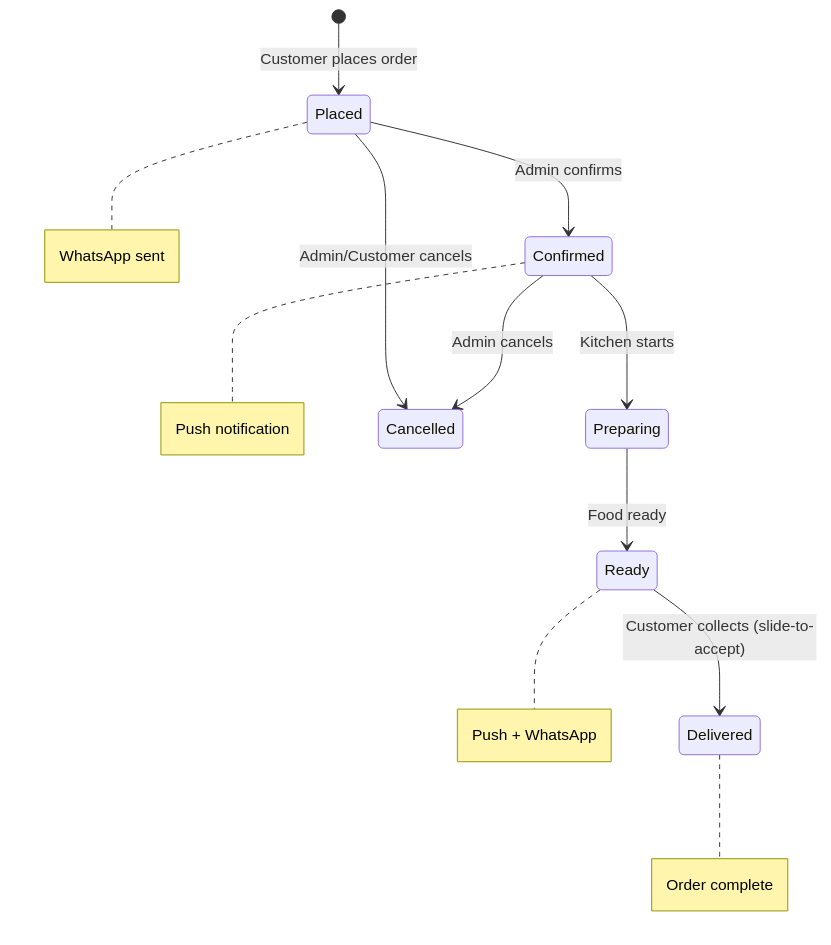
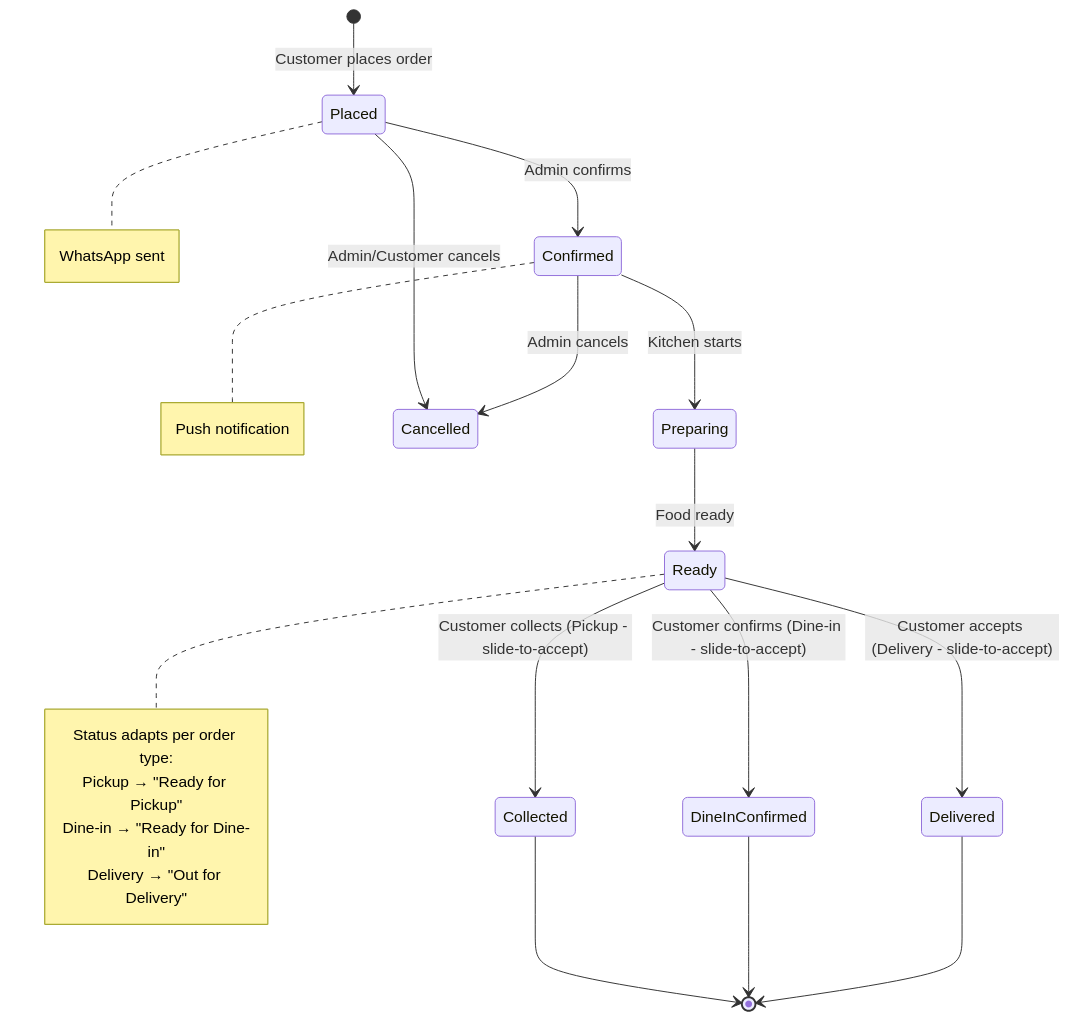
The fourth of 5 diagrams in campus_food_ordering_system/docs/admin_portal_system_design.md (csanni/frescos-app), drawn with Mermaid before and after one commit. The commit also changed other lines of this file and 21 other files, not shown here.

````diff
--- a/campus_food_ordering_system/docs/admin_portal_system_design.md
+++ b/campus_food_ordering_system/docs/admin_portal_system_design.md
@@ -776,15 +781,24 @@
 ```mermaid
 stateDiagram-v2
     [*] --> Placed: Customer places order
     Placed --> Confirmed: Admin confirms
     Confirmed --> Preparing: Kitchen starts
     Preparing --> Ready: Food ready
-    Ready --> Delivered: Customer collects (slide-to-accept)
+    Ready --> Collected: Customer collects (Pickup - slide-to-accept)
+    Ready --> DineInConfirmed: Customer confirms (Dine-in - slide-to-accept)
+    Ready --> Delivered: Customer accepts (Delivery - slide-to-accept)
+    Collected --> [*]
+    DineInConfirmed --> [*]
+    Delivered --> [*]
     Placed --> Cancelled: Admin/Customer cancels
     Confirmed --> Cancelled: Admin cancels
 
     note right of Placed: WhatsApp sent
     note right of Confirmed: Push notification
-    note right of Ready: Push + WhatsApp
-    note right of Delivered: Order complete
+    note right of Ready
+        Status adapts per order type:
+        Pickup → "Ready for Pickup"
+        Dine-in → "Ready for Dine-in"
+        Delivery → "Out for Delivery"
+    end note
 ```
````
